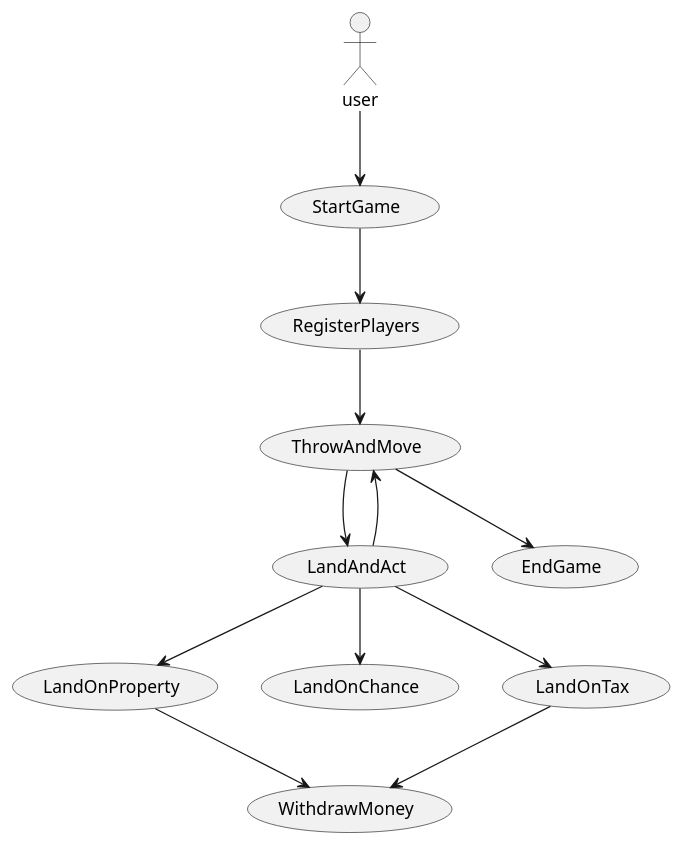
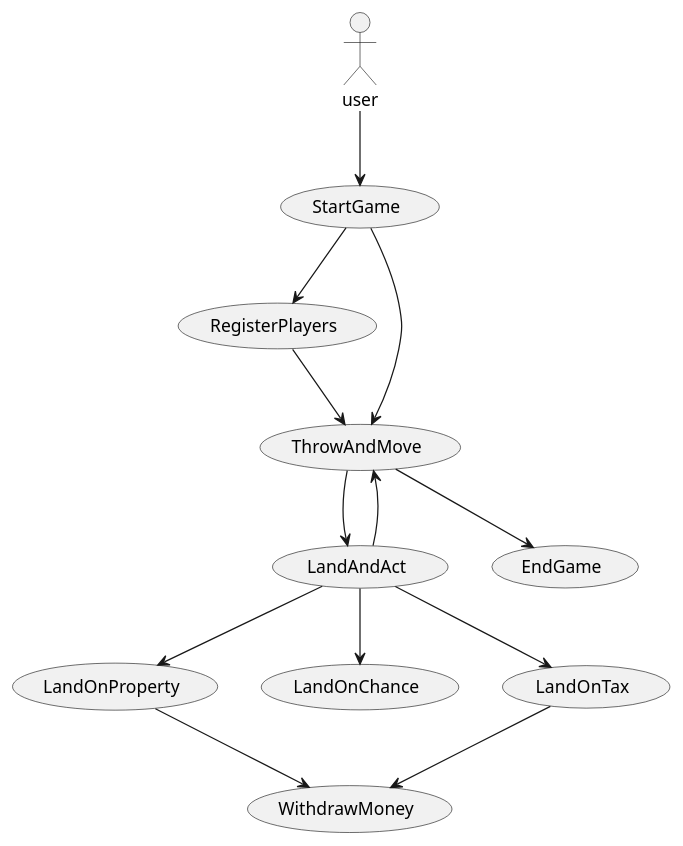
One commit to Dat1Cphbusiness/MonopolyF25 changed the diagram in doc/usecases.puml. Above: the diagram before and after it, drawn with PlantUML.

Commit message:
Initial commit - usecases and domainModel

```diff
--- a/doc/usecases.puml
+++ b/doc/usecases.puml
@@ -1,33 +1,34 @@
 @startuml
 
 actor user
 
 usecase "StartGame" as UC1
 usecase "RegisterPlayers" as UC2
 usecase "ThrowAndMove" as UC3
 usecase "LandAndAct" as UC4
 usecase "EndGame" as UC5
 usecase "WithdrawMoney" as UC6
 usecase "LandOnProperty" as UC7
 usecase "LandOnChance" as UC8
 usecase "LandOnTax" as UC9
 
 user --> UC1
 
 UC1 --> UC2
+UC1 --> UC3
 
 UC2 --> UC3
 
 UC3 --> UC4
 UC3 --> UC5
 
 UC4 --> UC3
 UC4 --> UC7
 UC4 --> UC8
 UC4 --> UC9
 
 UC7 --> UC6
 
 UC9 --> UC6
 
 @enduml
```
